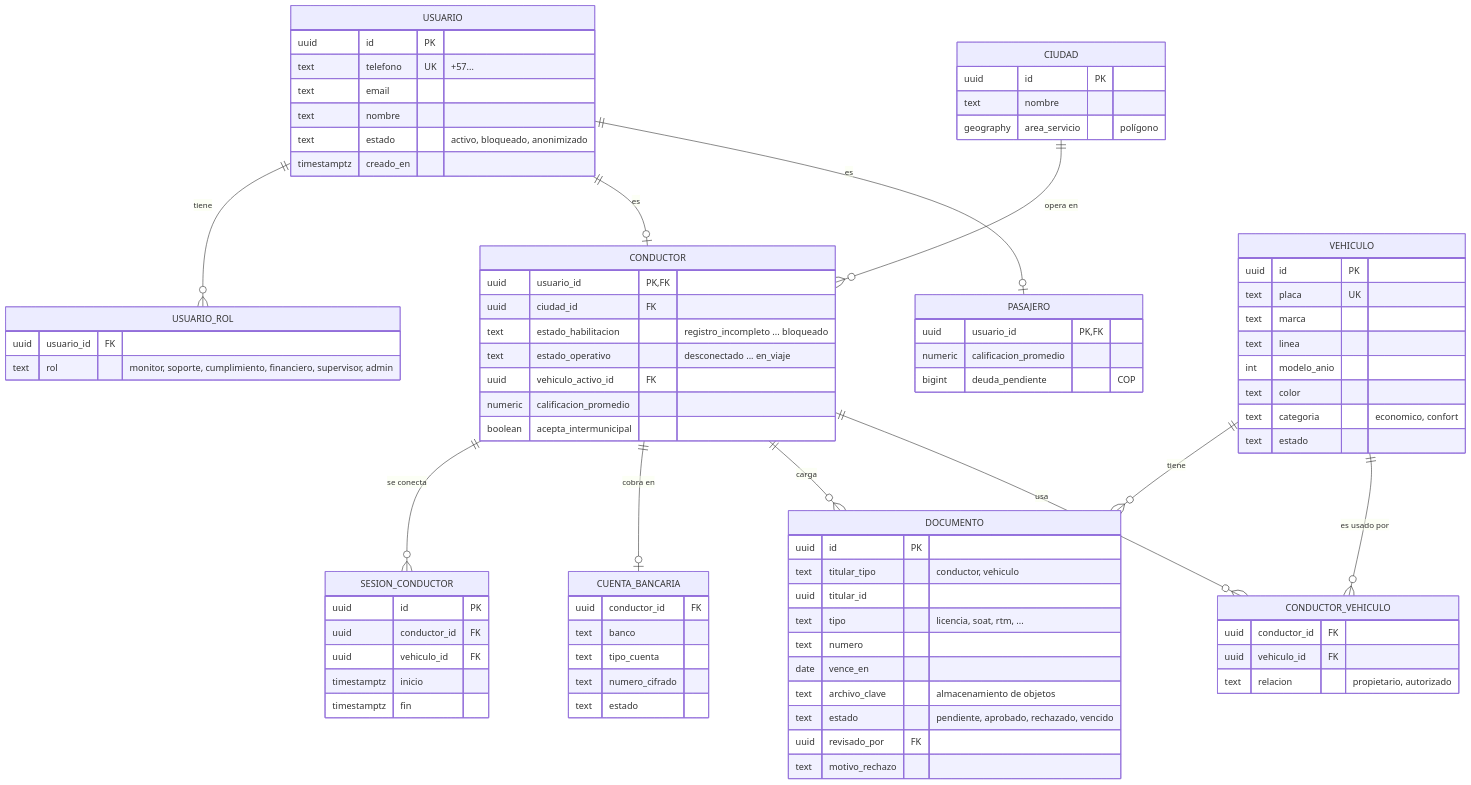
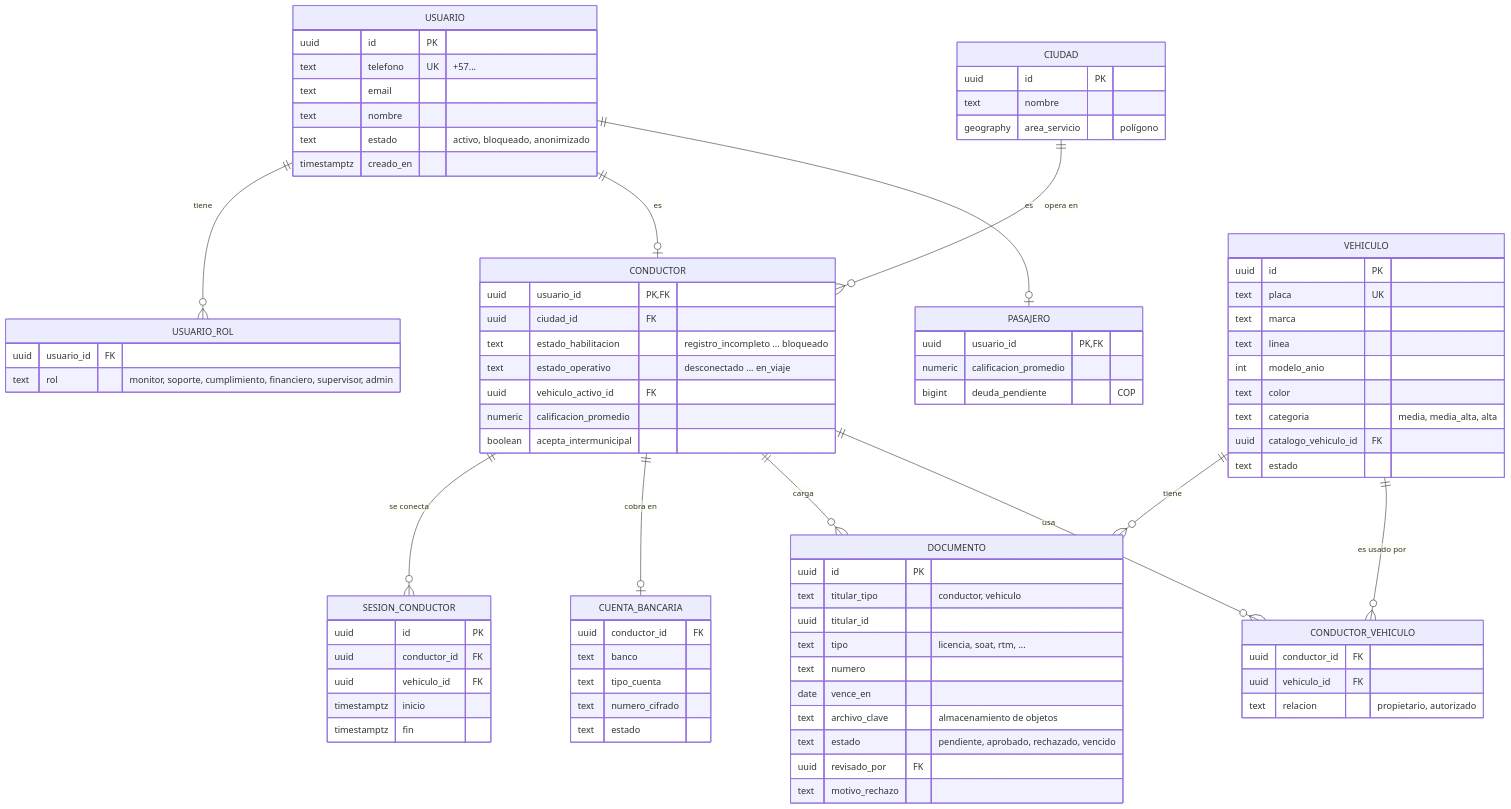
Before and after one commit to victorquintero0/transportaya: the first of 3 diagrams in docs/09-modelo-de-datos.md, drawn with Mermaid. The commit also changed other lines of this file and 17 other files, not shown here.

```diff
--- a/docs/09-modelo-de-datos.md
+++ b/docs/09-modelo-de-datos.md
@@ -63,7 +63,8 @@
         text linea
         int modelo_anio
         text color
-        text categoria "economico, confort"
+        text categoria "media, media_alta, alta"
+        uuid catalogo_vehiculo_id FK
         text estado
     }
     CONDUCTOR_VEHICULO {
```
